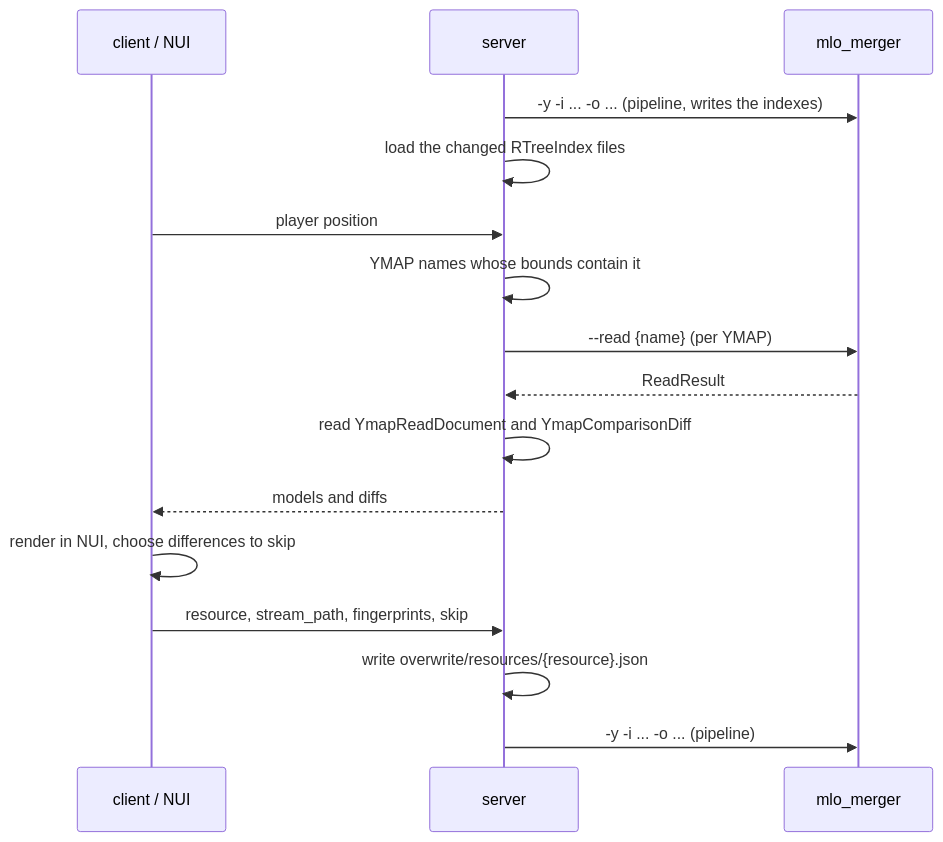
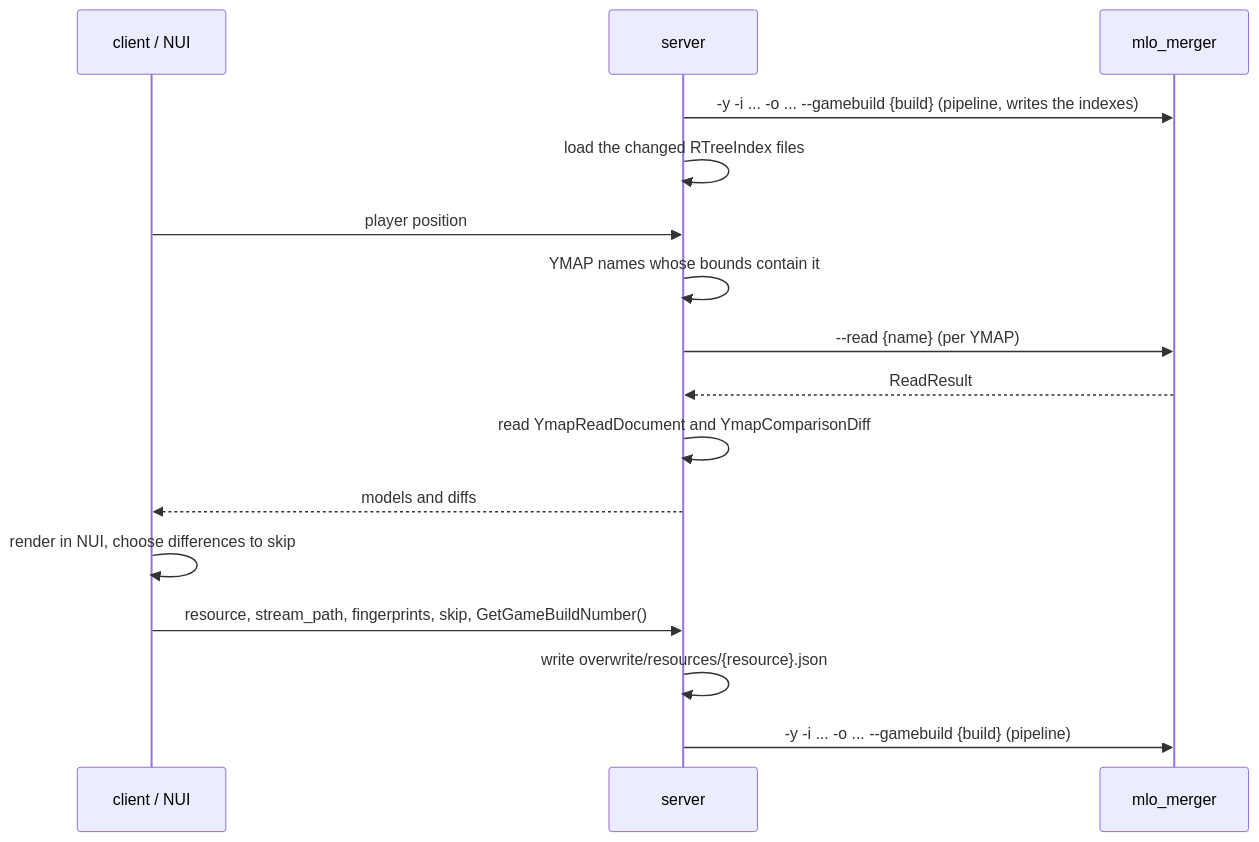
The diagram in docs/usage.md (nnnnusui/mlo_merger), drawn with Mermaid before and after one commit. The commit also changed other lines of this file and 22 other files, not shown here.

First line of the commit message:
Select the vanilla cache's game build by FiveM build or DLC name

````diff
--- a/docs/usage.md
+++ b/docs/usage.md
@@ -283,18 +305,18 @@
 ```mermaid
 sequenceDiagram
     participant C as client / NUI
     participant S as server
     participant M as mlo_merger
-    S->>M: -y -i ... -o ... (pipeline, writes the indexes)
+    S->>M: -y -i ... -o ... --gamebuild {build} (pipeline, writes the indexes)
     S->>S: load the changed RTreeIndex files
     C->>S: player position
     S->>S: YMAP names whose bounds contain it
     S->>M: --read {name} (per YMAP)
     M-->>S: ReadResult
     S->>S: read YmapReadDocument and YmapComparisonDiff
     S-->>C: models and diffs
     C->>C: render in NUI, choose differences to skip
-    C->>S: resource, stream_path, fingerprints, skip
+    C->>S: resource, stream_path, fingerprints, skip, GetGameBuildNumber()
     S->>S: write overwrite/resources/{resource}.json
-    S->>M: -y -i ... -o ... (pipeline)
+    S->>M: -y -i ... -o ... --gamebuild {build} (pipeline)
 ```
````
